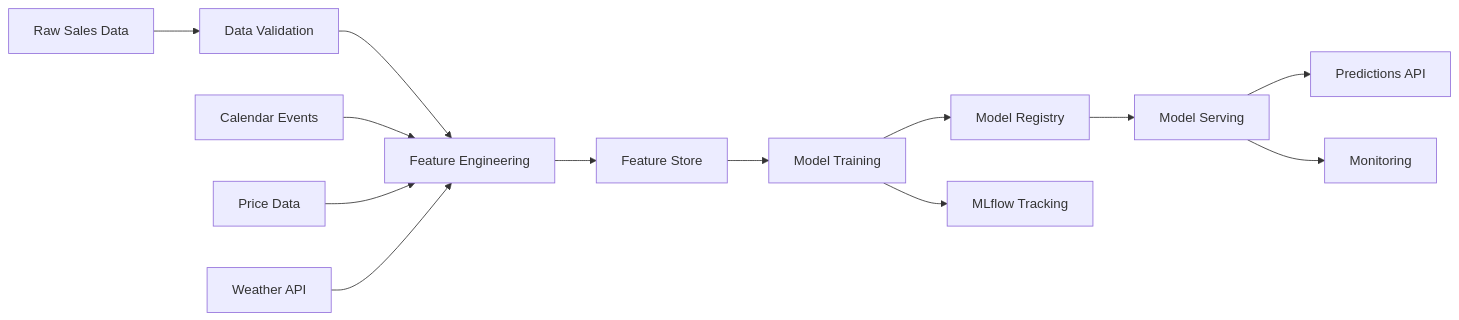
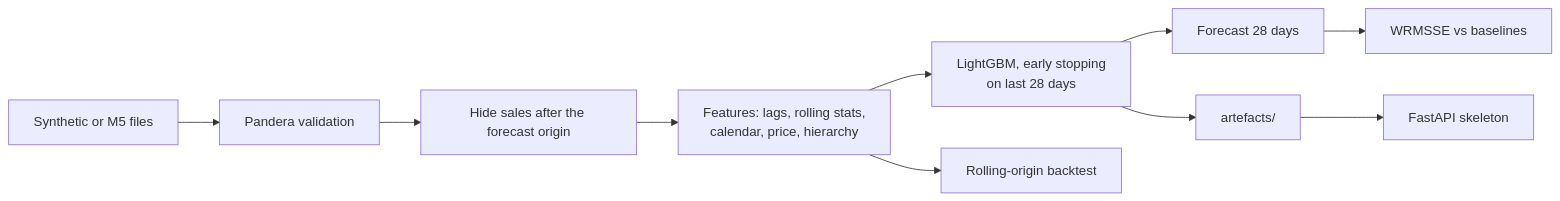
One commit to dsugurtuna/retail-demand-forecasting-at-scale changed the diagram in README.md. Above: the diagram before and after it, drawn with Mermaid. The commit also changed other lines of this file and 10 other files, not shown here.

````diff
--- a/README.md
+++ b/README.md
@@ -101,17 +75,12 @@
 ```mermaid
-graph LR
-    A[Raw Sales Data] --> B[Data Validation]
-    B --> C[Feature Engineering]
-    C --> D[Feature Store]
-    D --> E[Model Training]
-    E --> F[Model Registry]
-    F --> G[Model Serving]
-    G --> H[Predictions API]
-    
-    I[Calendar Events] --> C
-    J[Price Data] --> C
-    K[Weather API] --> C
-    
-    E --> L[MLflow Tracking]
-    G --> M[Monitoring]
+flowchart LR
+    A[Synthetic or M5 files] --> B[Pandera validation]
+    B --> C[Hide sales after the forecast origin]
+    C --> D[Features: lags, rolling stats,<br/>calendar, price, hierarchy]
+    D --> E[LightGBM, early stopping<br/>on last 28 days]
+    E --> F[Forecast 28 days]
+    F --> G[WRMSSE vs baselines]
+    D --> H[Rolling-origin backtest]
+    E --> I[artefacts/]
+    I --> J[FastAPI skeleton]
 ```
````
